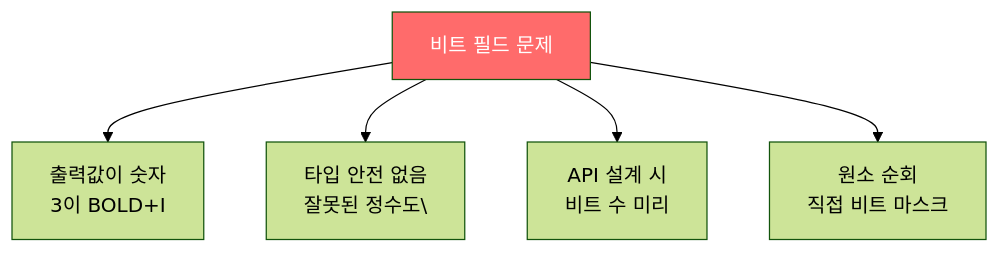
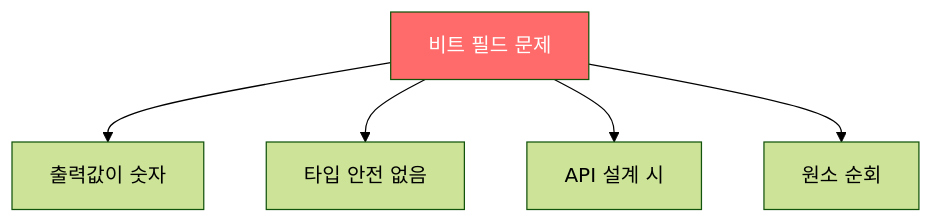
The first of 4 diagrams in _posts/java/2022-01-14-effective-java36.md (yjkim2015/yjkim2015.github.io), drawn with Mermaid (forest theme) before and after one commit. The commit also changed other lines of this file and 217 other files, not shown here.

First line of the commit message:
Mermaid 크기 수정: useMaxWidth:true + SVG max-width:100% + 라벨 축소

````diff
--- a/_posts/java/2022-01-14-effective-java36.md
+++ b/_posts/java/2022-01-14-effective-java36.md
@@ -39,8 +39,8 @@
 ```mermaid
 graph TD
-    A["비트 필드 문제"] --> B["출력값이 숫자\n3이 BOLD+I"]
-    A --> C["타입 안전 없음\n잘못된 정수도\"]
-    A --> D["API 설계 시\n비트 수 미리"]
-    A --> E["원소 순회\n직접 비트 마스크\n"]
+    A["비트 필드 문제"] --> B["출력값이 숫자"]
+    A --> C["타입 안전 없음"]
+    A --> D["API 설계 시"]
+    A --> E["원소 순회"]
     style A fill:#ff6b6b,color:#fff
 ```
````
